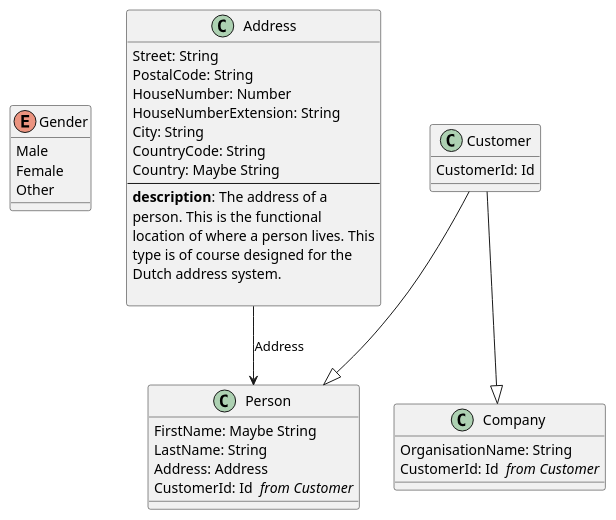
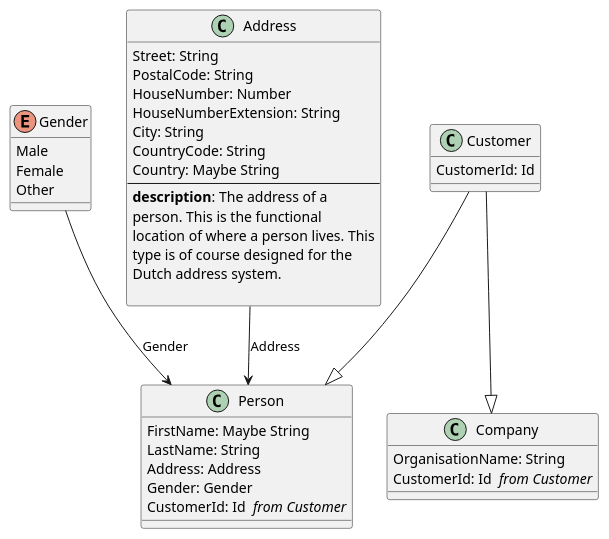
The diagram in Examples/.out/v0.0.1/Customer/Customer.puml (Baudin999/car-lang), drawn with PlantUML before and after one commit. The commit also changed 49 other files, not shown here.

Commit message:
Added an index.html page and we now have better XSD schemas coming from the tool

```diff
--- a/Examples/.out/v0.0.1/Customer/Customer.puml
+++ b/Examples/.out/v0.0.1/Customer/Customer.puml
@@ -1,37 +1,39 @@
 enum Gender {
 	Male
 	Female
 	Other
 }
 class "Address" as Address  {
 	Street: String 
 	PostalCode: String 
 	HouseNumber: Number 
 	HouseNumberExtension: String 
 	City: String 
 	CountryCode: String 
 	Country: Maybe String
 --
   <b>description</b>: The address of a
  person. This is the functional
  location of where a person lives. This
  type is of course designed for the
  Dutch address system.
     
 }
 class "Person " as Person  {
 	FirstName: Maybe String
 	LastName: String 
 	Address: Address 
+	Gender: Gender 
 	CustomerId: Id  <i>from Customer</i>
 }
 Address --> Person : Address
+Gender --> Person : Gender
 Customer --|> Person
 class "Company " as Company  {
 	OrganisationName: String 
 	CustomerId: Id  <i>from Customer</i>
 }
 Customer --|> Company
 class "Customer" as Customer  {
 	CustomerId: Id 
 }
```
